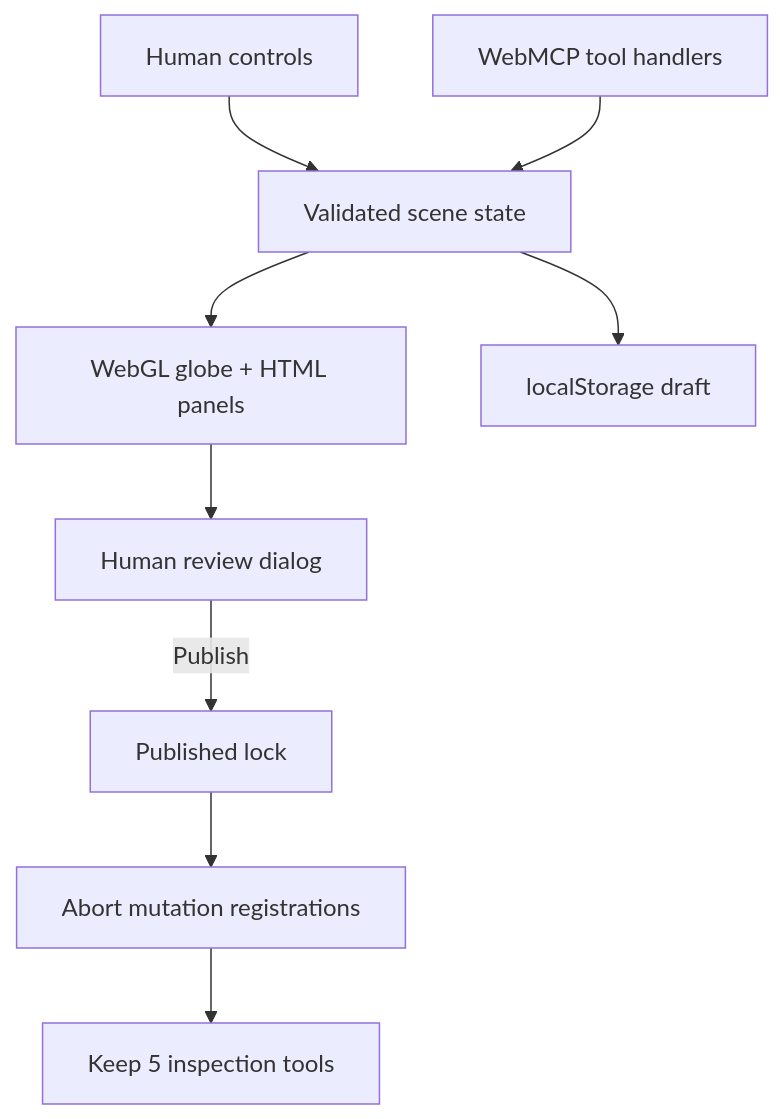
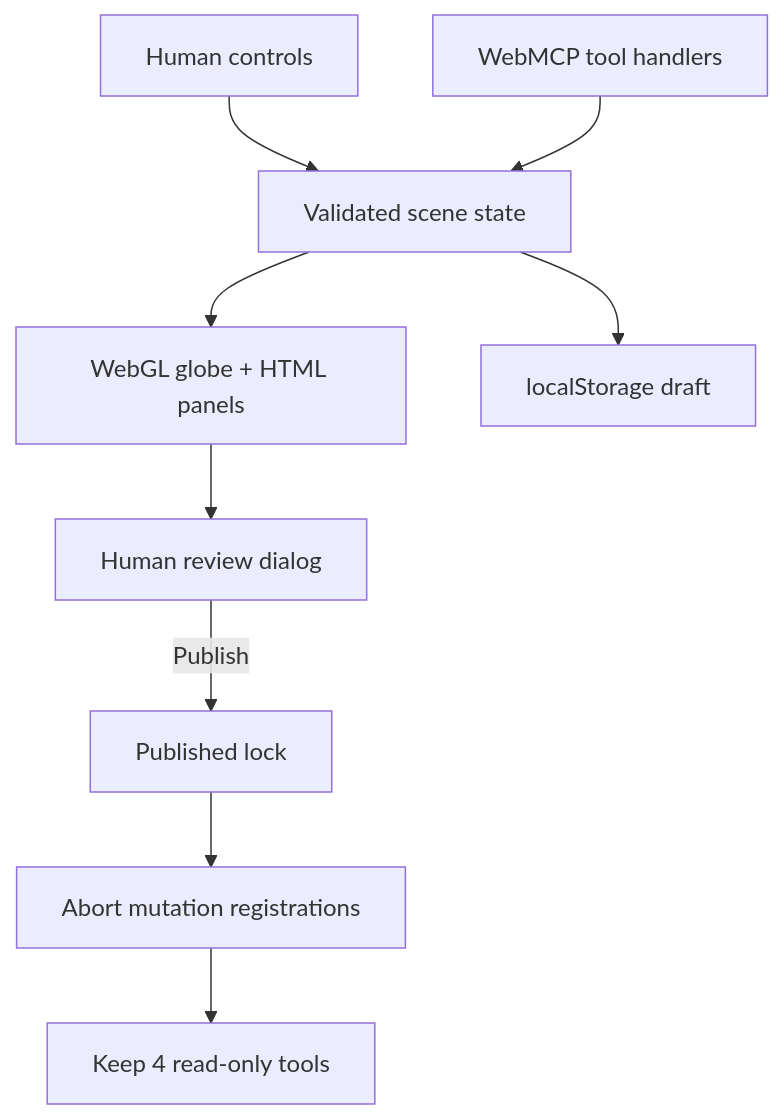
The diagram in docs/ARCHITECTURE.md (652036/terra), drawn with Mermaid before and after one commit. The commit also changed other lines of this file and 24 other files, not shown here.

````diff
--- a/docs/ARCHITECTURE.md
+++ b/docs/ARCHITECTURE.md
@@ -7,11 +7,11 @@
 ```mermaid
 flowchart TD
   A[Human controls] --> S[Validated scene state]
   W[WebMCP tool handlers] --> S
   S --> G[WebGL globe + HTML panels]
   S --> L[localStorage draft]
   G --> H[Human review dialog]
   H -->|Publish| P[Published lock]
   P --> R[Abort mutation registrations]
-  R --> O[Keep 5 inspection tools]
+  R --> O[Keep 4 read-only tools]
 ```
````
